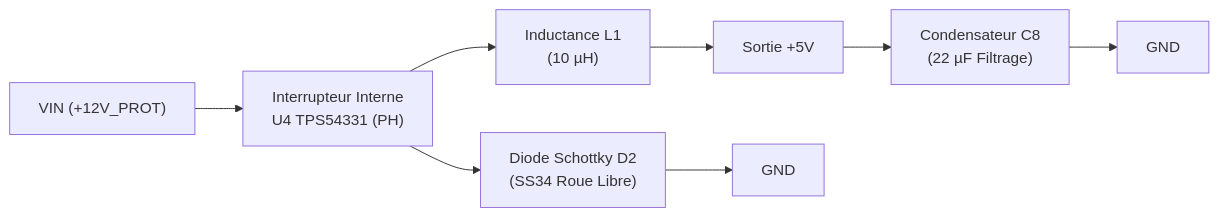
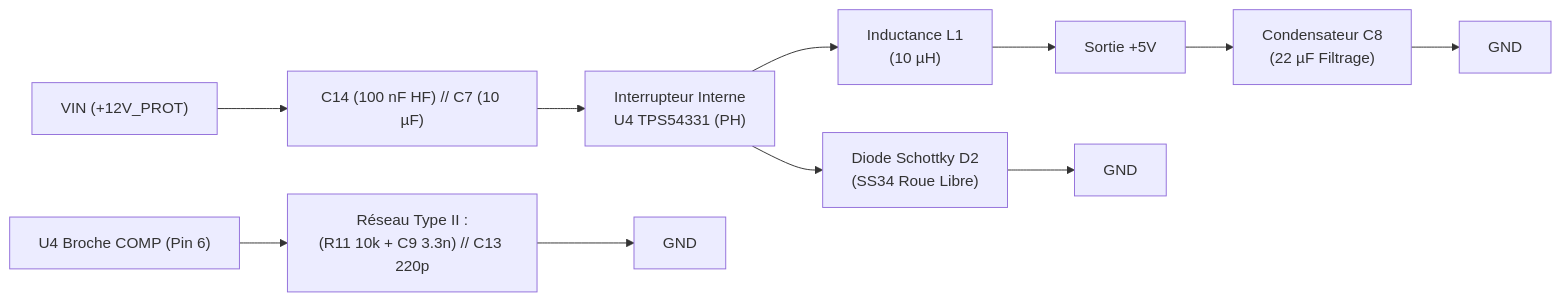
The third of 9 diagrams in HARDWARE.md (nitrogene/OBD2), drawn with Mermaid before and after one commit. The commit also changed other lines of this file and 14 other files, not shown here.

First line of the commit message:
feat(architecture): decouplage agnostique de pcb-placer, floorplan.json et schema alimentation

````diff
--- a/HARDWARE.md
+++ b/HARDWARE.md
@@ -133,18 +133,20 @@
 ```mermaid
 %%{init: {
   'themeVariables': {
     'fontFamily': 'Consolas, "Courier New", monospace',
     'fontSize': '12px'
   },
   'flowchart': {
     'curve': 'stepBefore',
     'nodeSpacing': 20,
     'rankSpacing': 30
   }
 }}%%
 flowchart LR
-    VIN["VIN (+12V_PROT)"] --> U4_SW["Interrupteur Interne\nU4 TPS54331 (PH)"]
+    VIN["VIN (+12V_PROT)"] --> C14["C14 (100 nF HF) // C7 (10 µF)"]
+    C14 --> U4_SW["Interrupteur Interne\nU4 TPS54331 (PH)"]
     U4_SW --> L1["Inductance L1\n(10 µH)"] --> VOUT["Sortie +5V"]
     U4_SW --> D2["Diode Schottky D2\n(SS34 Roue Libre)"] --> GND1["GND"]
     VOUT --> C8["Condensateur C8\n(22 µF Filtrage)"] --> GND2["GND"]
+    U4_COMP["U4 Broche COMP (Pin 6)"] --> COMP_NET["Réseau Type II :\n(R11 10k + C9 3.3n) // C13 220p"] --> GND3["GND"]
 ```
````
